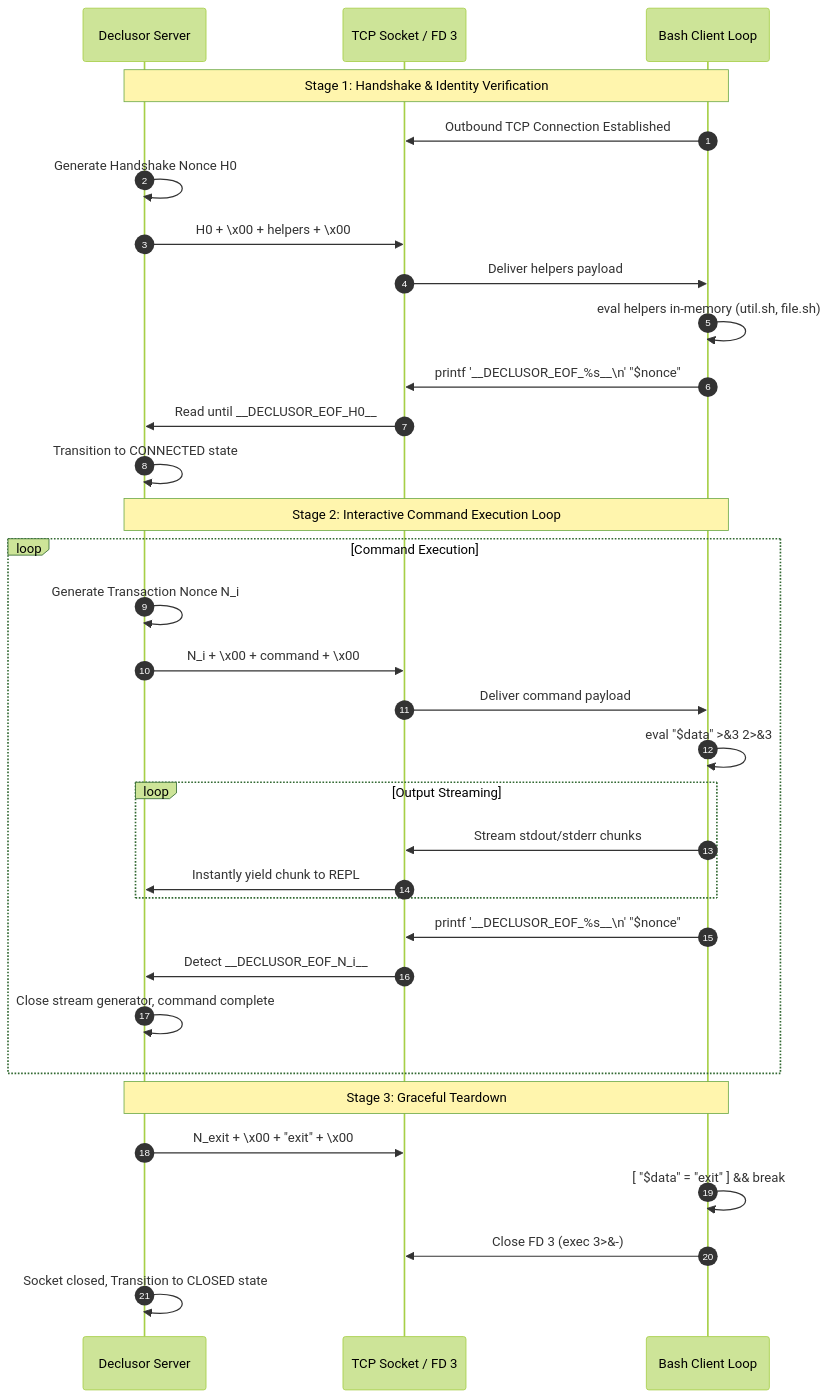
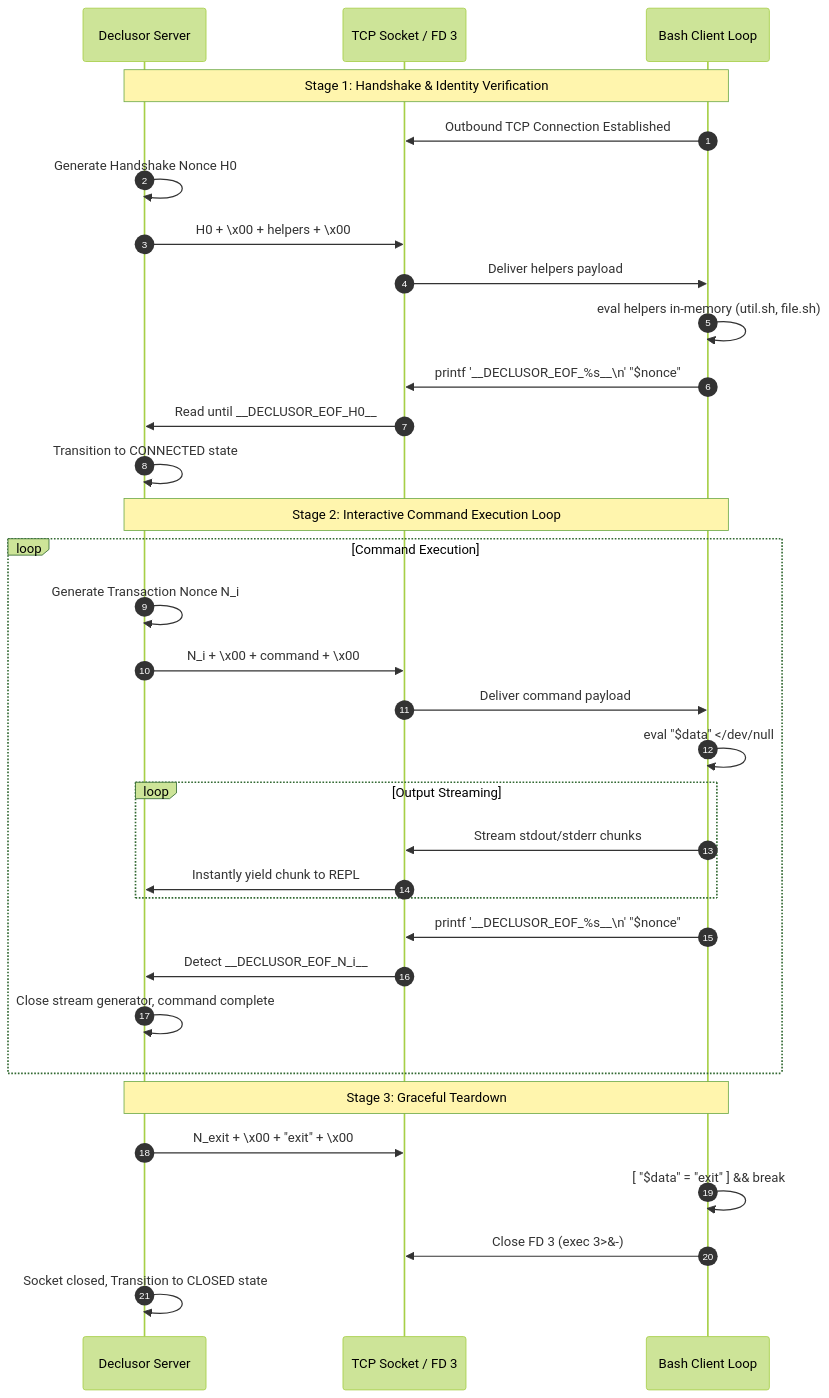
One commit to othon-hugo/declusor changed the first of 2 diagrams in plugins/shell_socket/PROTOCOL.md. Above: the diagram before and after it, drawn with Mermaid (forest theme). The commit also changed other lines of this file and 3 other files, not shown here.

````diff
--- a/plugins/shell_socket/PROTOCOL.md
+++ b/plugins/shell_socket/PROTOCOL.md
@@ -73,38 +73,38 @@
 ```mermaid
 sequenceDiagram
     autonumber
     participant Server as Declusor Server
     participant Transport as TCP Socket / FD 3
     participant Client as Bash Client Loop
 
     Note over Server,Client: Stage 1: Handshake & Identity Verification
     Client->>Transport: Outbound TCP Connection Established
     Server->>Server: Generate Handshake Nonce H0
     Server->>Transport: H0 + \x00 + helpers + \x00
     Transport->>Client: Deliver helpers payload
     Client->>Client: eval helpers in-memory (util.sh, file.sh)
     Client->>Transport: printf '__DECLUSOR_EOF_%s__\n' "$nonce"
     Transport->>Server: Read until __DECLUSOR_EOF_H0__
     Server->>Server: Transition to CONNECTED state
 
     Note over Server,Client: Stage 2: Interactive Command Execution Loop
     loop Command Execution
         Server->>Server: Generate Transaction Nonce N_i
         Server->>Transport: N_i + \x00 + command + \x00
         Transport->>Client: Deliver command payload
-        Client->>Client: eval "$data" >&3 2>&3
+        Client->>Client: eval "$data" </dev/null
         loop Output Streaming
             Client->>Transport: Stream stdout/stderr chunks
             Transport->>Server: Instantly yield chunk to REPL
         end
         Client->>Transport: printf '__DECLUSOR_EOF_%s__\n' "$nonce"
         Transport->>Server: Detect __DECLUSOR_EOF_N_i__
         Server->>Server: Close stream generator, command complete
     end
 
     Note over Server,Client: Stage 3: Graceful Teardown
     Server->>Transport: N_exit + \x00 + "exit" + \x00
     Client->>Client: [ "$data" = "exit" ] && break
     Client->>Transport: Close FD 3 (exec 3>&-)
     Server->>Server: Socket closed, Transition to CLOSED state
 ```
````
